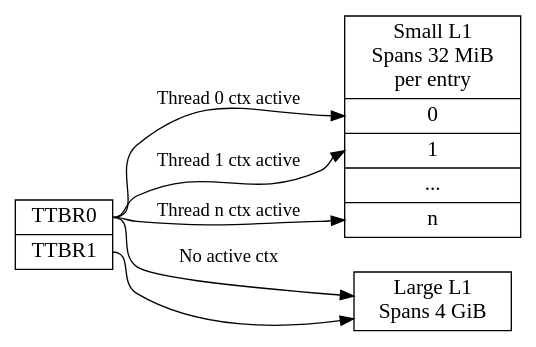
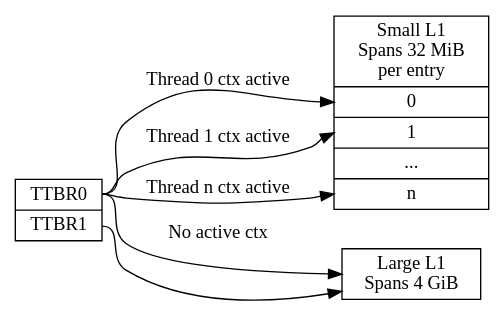
Before and after one commit to OP-TEE/optee_docs: the fifth of 6 diagrams in architecture/core.rst, drawn with Graphviz. The commit also changed other lines of this file, not shown here.

First line of the commit message:
architecture: core: update mmu section

```diff
--- a/architecture/core.rst
+++ b/architecture/core.rst
@@ -454,31 +478,31 @@
 .. graphviz::
+    :align: center
 
     digraph xlat_table {
         graph [
             rankdir = "LR"
         ];
         node [
-            fontsize = "16"
             shape = "ellipse"
         ];
         edge [
         ];
         "node_ttb" [
             label = "<f0> TTBR0 | <f1> TTBR1"
             shape = "record"
         ];
         "node_large_l1" [
             label = "<f0> Large L1\nSpans 4 GiB"
             shape = "record"
         ];
         "node_small_l1" [
             label = "Small L1\nSpans 32 MiB\nper entry | <f0> 0 | <f1> 1 | ... | <fn> n"
             shape = "record"
         ];
 
         "node_ttb":f0 -> "node_small_l1":f0 [ label = "Thread 0 ctx active" ];
         "node_ttb":f0 -> "node_small_l1":f1 [ label = "Thread 1 ctx active" ];
         "node_ttb":f0 -> "node_small_l1":fn [ label = "Thread n ctx active" ];
         "node_ttb":f0 -> "node_large_l1" [ label="No active ctx" ];
         "node_ttb":f1 -> "node_large_l1";
     }
```
